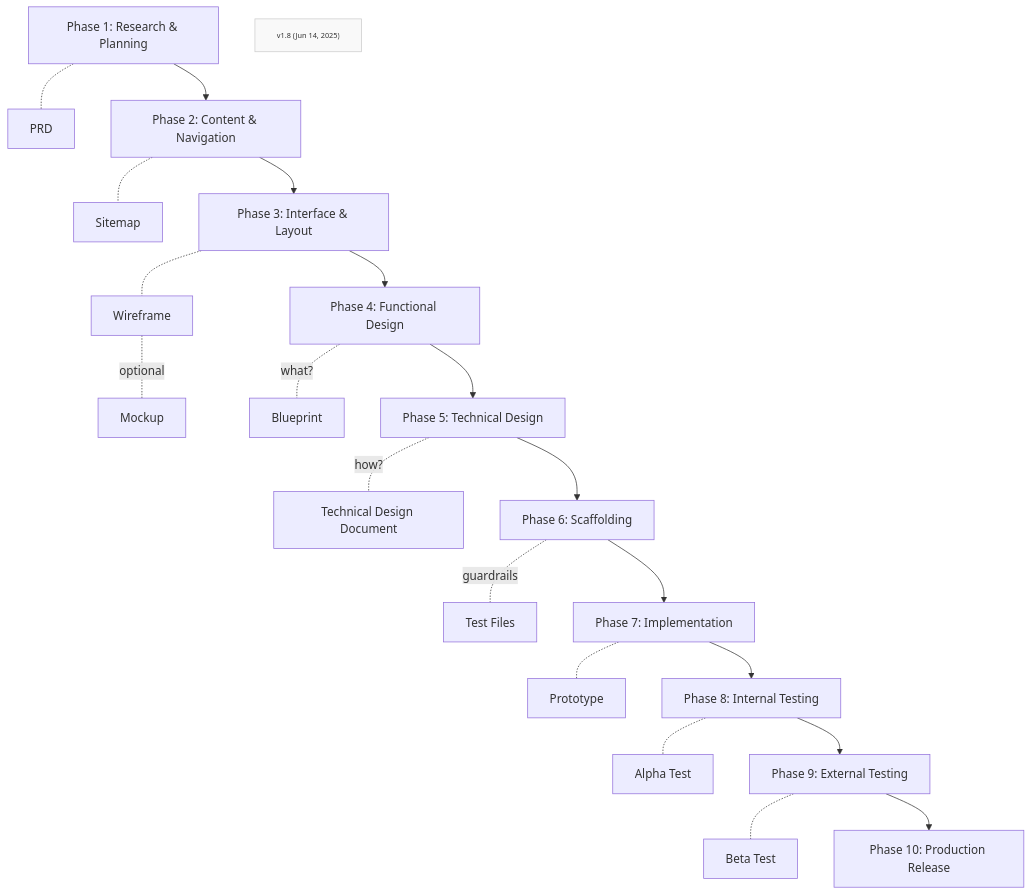
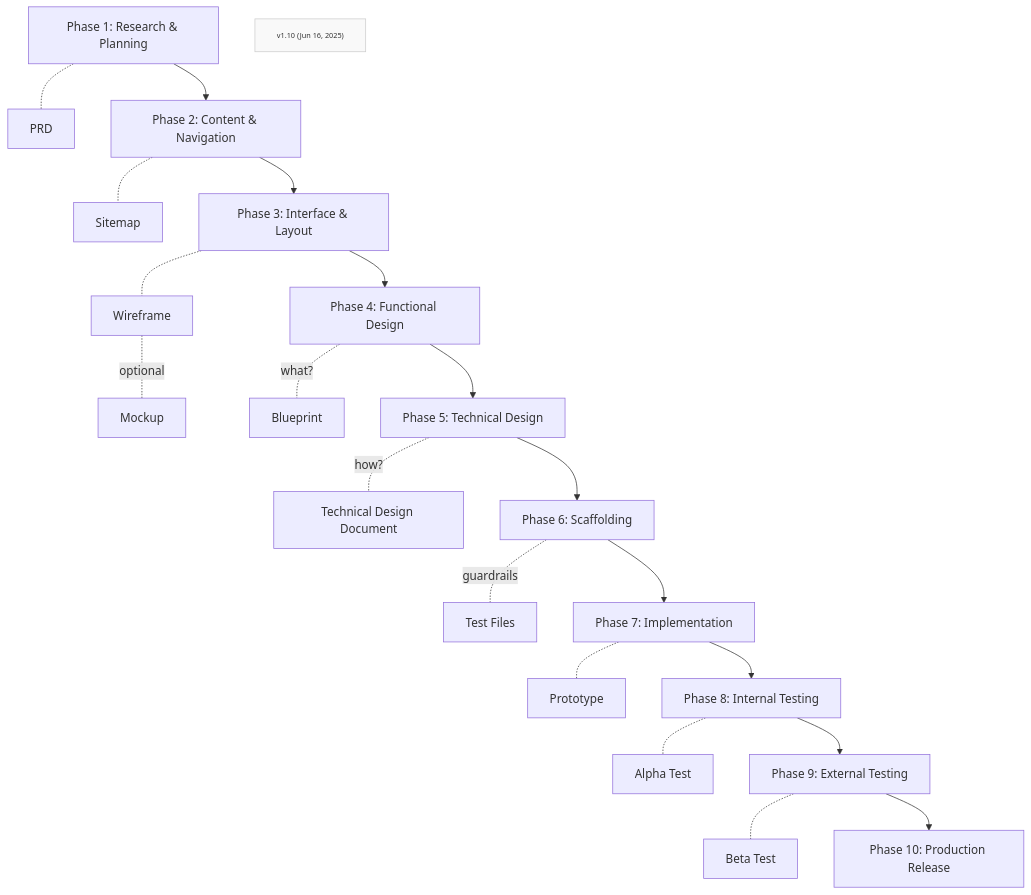
One commit to Mharbulous/Front-First-Method changed the first of 2 diagrams in Phases/FF-overview.md. Above: the diagram before and after it, drawn with Mermaid.

````diff
--- a/Phases/FF-overview.md
+++ b/Phases/FF-overview.md
@@ -1,26 +1,26 @@
 ```mermaid
 graph TD
     Phase1["Phase 1: Research & Planning"] -.- PRD["PRD"]
     Phase1 --> Phase2["Phase 2: Content & Navigation"]
     Phase2 -.- Sitemap["Sitemap"]
     Phase2 --> Phase3["Phase 3: Interface & Layout"]
     Phase3 -.- Wireframe["Wireframe"]
     Wireframe -.- |optional|Mockup["Mockup"]
     Phase3 --> Phase4["Phase 4: Functional Design"]
     Phase4 -.- |what?|Blueprint["Blueprint"]
     Phase4 --> Phase5["Phase 5: Technical Design"]
     Phase5 -.- |how?|TechDesign["Technical Design Document"]
     Phase5 --> Phase6["Phase 6: Scaffolding"]
     Phase6 -.- |guardrails|Specs["Test Files"]
     Phase6 --> Phase7["Phase 7: Implementation"]
     Phase7 -.- Prototype["Prototype"]
     Phase7 --> Phase8["Phase 8: Internal Testing"]
     Phase8 -.- Alpha["Alpha Test"]
     Phase8 --> Phase9["Phase 9: External Testing"]
     Phase9 -.- Beta["Beta Test"]
     Phase9 --> Phase10["Phase 10: Production Release"]
 
-    VersionInfo["v1.8 (Jun 14, 2025)"]
+    VersionInfo["v1.10 (Jun 16, 2025)"]
     classDef version fill:#f9f9f9,stroke:#ccc,font-size:10px;
     class VersionInfo version
 ```
````
